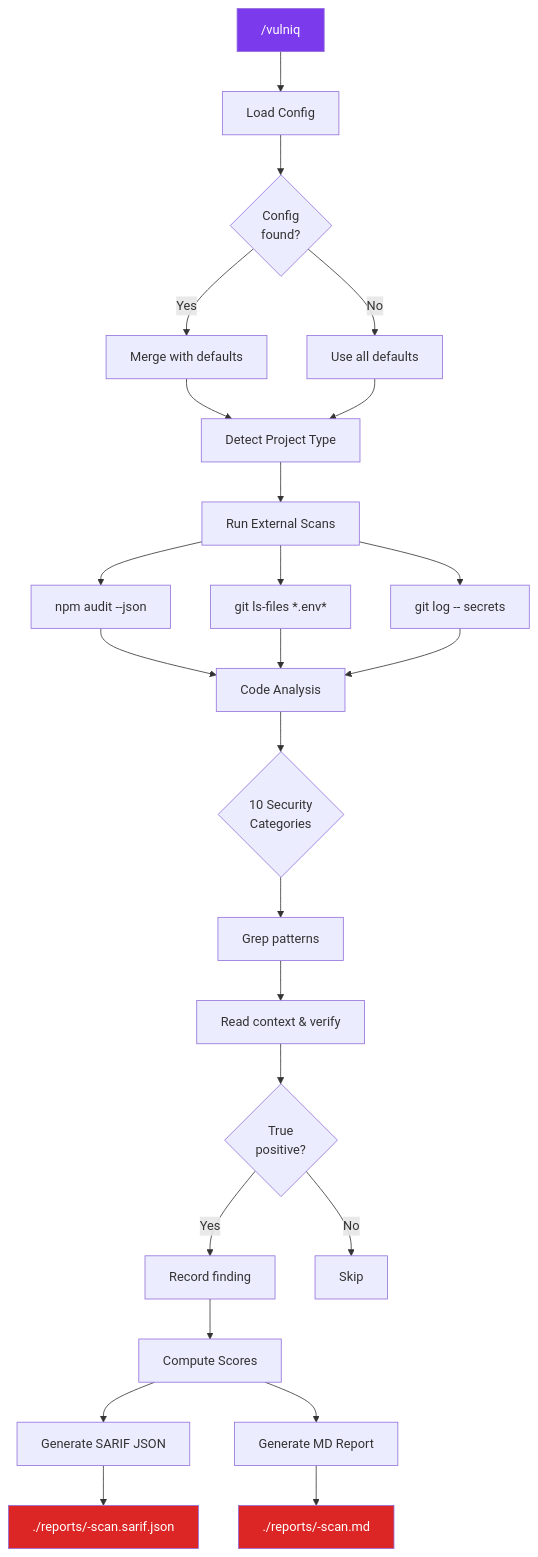
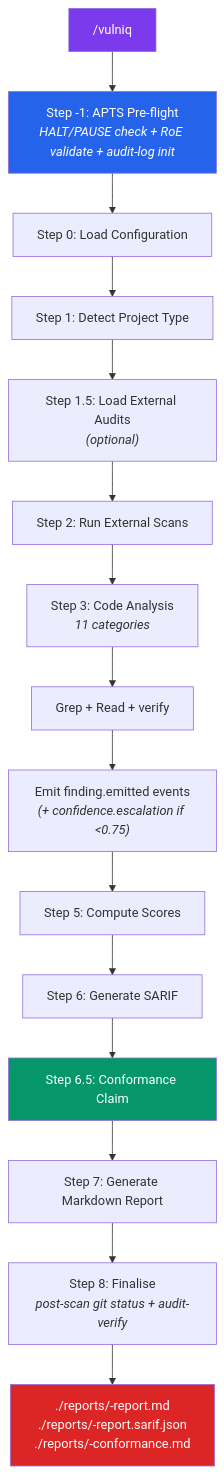
One commit to JakubKontra/skills changed the first of 2 diagrams in docs/vulniq.md. Above: the diagram before and after it, drawn with Mermaid. The commit also changed other lines of this file and 44 other files, not shown here.

````diff
--- a/docs/vulniq.md
+++ b/docs/vulniq.md
@@ -9,31 +22,22 @@
 ```mermaid
 flowchart TD
-    A["/vulniq"] --> B["Load Config"]
-    B --> C{"Config\nfound?"}
-    C -- Yes --> D["Merge with defaults"]
-    C -- No --> E["Use all defaults"]
-    D --> F["Detect Project Type"]
-    E --> F
-    F --> G["Run External Scans"]
-    G --> H["npm audit --json"]
-    G --> I["git ls-files *.env*"]
-    G --> J["git log -- secrets"]
-    H --> K["Code Analysis"]
-    I --> K
-    J --> K
-    K --> L{"10 Security\nCategories"}
-    L --> M["Grep patterns"]
-    M --> N["Read context & verify"]
-    N --> O{"True\npositive?"}
-    O -- Yes --> P["Record finding"]
-    O -- No --> Q["Skip"]
-    P --> R["Compute Scores"]
-    R --> S["Generate SARIF JSON"]
-    R --> T["Generate MD Report"]
-    S --> U["./reports/<ts>-scan.sarif.json"]
-    T --> V["./reports/<ts>-scan.md"]
+    A["/vulniq"] --> PREFLIGHT["Step -1: APTS Pre-flight<br/><i>HALT/PAUSE check + RoE validate + audit-log init</i>"]
+    PREFLIGHT --> B["Step 0: Load Configuration"]
+    B --> F["Step 1: Detect Project Type"]
+    F --> F15["Step 1.5: Load External Audits<br/><i>(optional)</i>"]
+    F15 --> G["Step 2: Run External Scans"]
+    G --> K["Step 3: Code Analysis<br/><i>11 categories</i>"]
+    K --> M["Grep + Read + verify"]
+    M --> N["Emit finding.emitted events<br/><i>(+ confidence.escalation if <0.75)</i>"]
+    N --> R["Step 5: Compute Scores"]
+    R --> S["Step 6: Generate SARIF"]
+    S --> K65["Step 6.5: Conformance Claim"]
+    K65 --> T["Step 7: Generate Markdown Report"]
+    T --> U8["Step 8: Finalise<br/><i>post-scan git status + audit-verify</i>"]
+    U8 --> V["./reports/<ts>-report.md<br/>./reports/<ts>-report.sarif.json<br/>./reports/<ts>-conformance.md"]
 
     style A fill:#7c3aed,color:#fff
-    style U fill:#dc2626,color:#fff
+    style PREFLIGHT fill:#2563eb,color:#fff
+    style K65 fill:#059669,color:#fff
     style V fill:#dc2626,color:#fff
 ```
````
